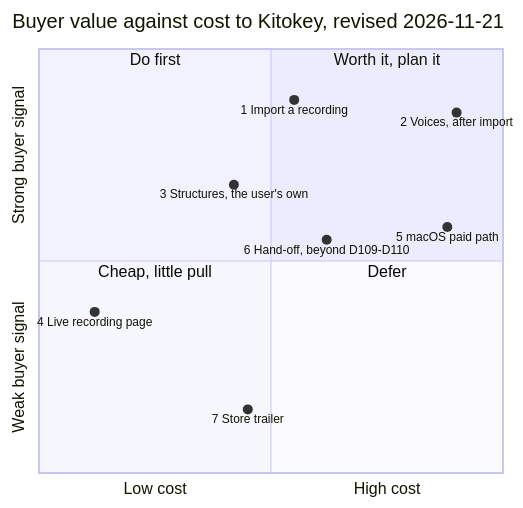
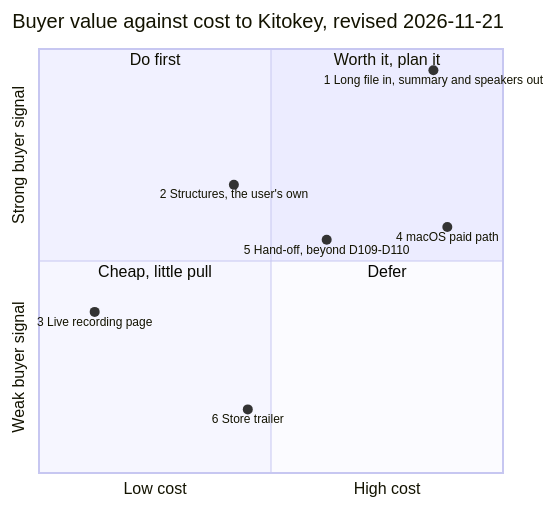
One commit to NapkinStack/kitokey changed the diagram in docs/project/reviews/2026-11-21-cycle-12-priorities.md. Above: the diagram before and after it, drawn with Mermaid. The commit also changed other lines of this file, not shown here.

First line of the commit message:
Cycle 12's priorities: the decider's answers on import and FastSpring, import and voices one axis

````diff
--- a/docs/project/reviews/2026-11-21-cycle-12-priorities.md
+++ b/docs/project/reviews/2026-11-21-cycle-12-priorities.md
@@ -25,17 +27,16 @@
 ```mermaid
 quadrantChart
     title Buyer value against cost to Kitokey, revised 2026-11-21
     x-axis "Low cost" --> "High cost"
     y-axis "Weak buyer signal" --> "Strong buyer signal"
     quadrant-1 "Worth it, plan it"
     quadrant-2 "Do first"
     quadrant-3 "Cheap, little pull"
     quadrant-4 "Defer"
-    "1 Import a recording": [0.55, 0.88]
-    "2 Voices, after import": [0.9, 0.85]
-    "3 Structures, the user's own": [0.42, 0.68]
-    "4 Live recording page": [0.12, 0.38]
-    "5 macOS paid path": [0.88, 0.58]
-    "6 Hand-off, beyond D109-D110": [0.62, 0.55]
-    "7 Store trailer": [0.45, 0.15]
+    "1 Long file in, summary and speakers out": [0.85, 0.95]
+    "2 Structures, the user's own": [0.42, 0.68]
+    "3 Live recording page": [0.12, 0.38]
+    "4 macOS paid path": [0.88, 0.58]
+    "5 Hand-off, beyond D109-D110": [0.62, 0.55]
+    "6 Store trailer": [0.45, 0.15]
 ```
````
